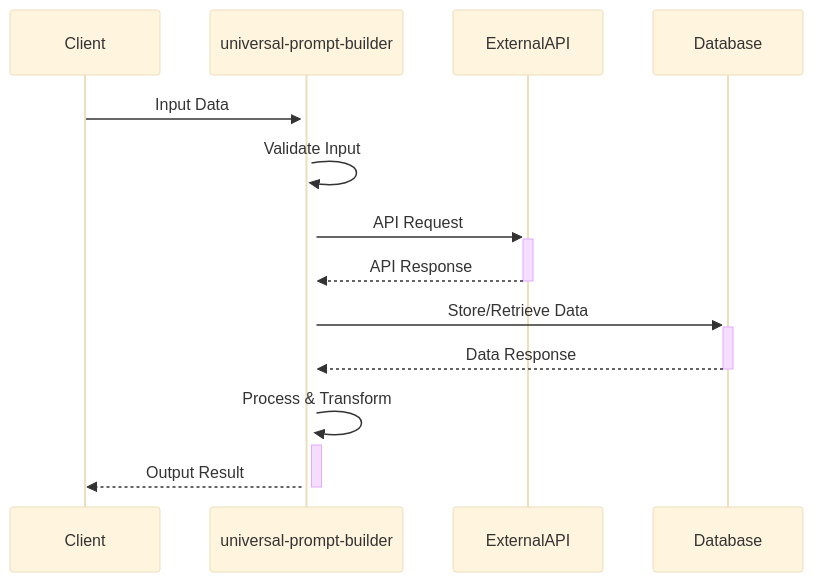
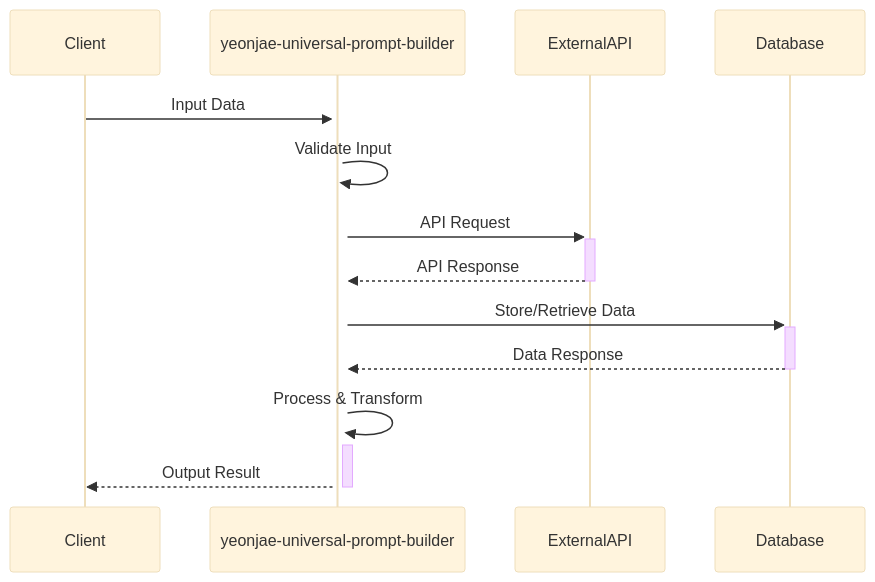
Before and after one commit to yeonjae-work/universal-modules: the third of 4 diagrams in packages/yeonjae-universal-prompt-builder/docs/technical-specification.md, drawn with Mermaid (base theme). The commit also changed other lines of this file and 11 other files, not shown here.

````diff
--- a/packages/yeonjae-universal-prompt-builder/docs/technical-specification.md
+++ b/packages/yeonjae-universal-prompt-builder/docs/technical-specification.md
@@ -151,16 +151,16 @@
 ```mermaid
 sequenceDiagram
     participant Client
-    participant universal-prompt-builder
+    participant yeonjae-universal-prompt-builder
     participant ExternalAPI
     participant Database
     
-    Client->>+universal-prompt-builder: Input Data
-    universal-prompt-builder->>+universal-prompt-builder: Validate Input
-    universal-prompt-builder->>+ExternalAPI: API Request
-    ExternalAPI-->>-universal-prompt-builder: API Response
-    universal-prompt-builder->>+Database: Store/Retrieve Data
-    Database-->>-universal-prompt-builder: Data Response
-    universal-prompt-builder->>+universal-prompt-builder: Process & Transform
-    universal-prompt-builder-->>-Client: Output Result
+    Client->>+yeonjae-universal-prompt-builder: Input Data
+    yeonjae-universal-prompt-builder->>+yeonjae-universal-prompt-builder: Validate Input
+    yeonjae-universal-prompt-builder->>+ExternalAPI: API Request
+    ExternalAPI-->>-yeonjae-universal-prompt-builder: API Response
+    yeonjae-universal-prompt-builder->>+Database: Store/Retrieve Data
+    Database-->>-yeonjae-universal-prompt-builder: Data Response
+    yeonjae-universal-prompt-builder->>+yeonjae-universal-prompt-builder: Process & Transform
+    yeonjae-universal-prompt-builder-->>-Client: Output Result
 ```
````
